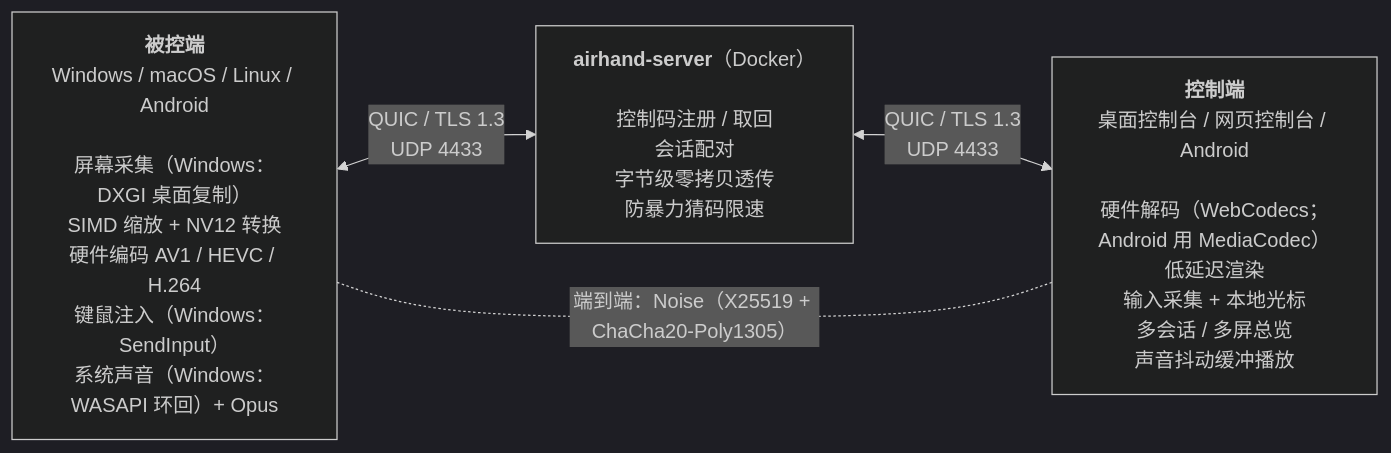
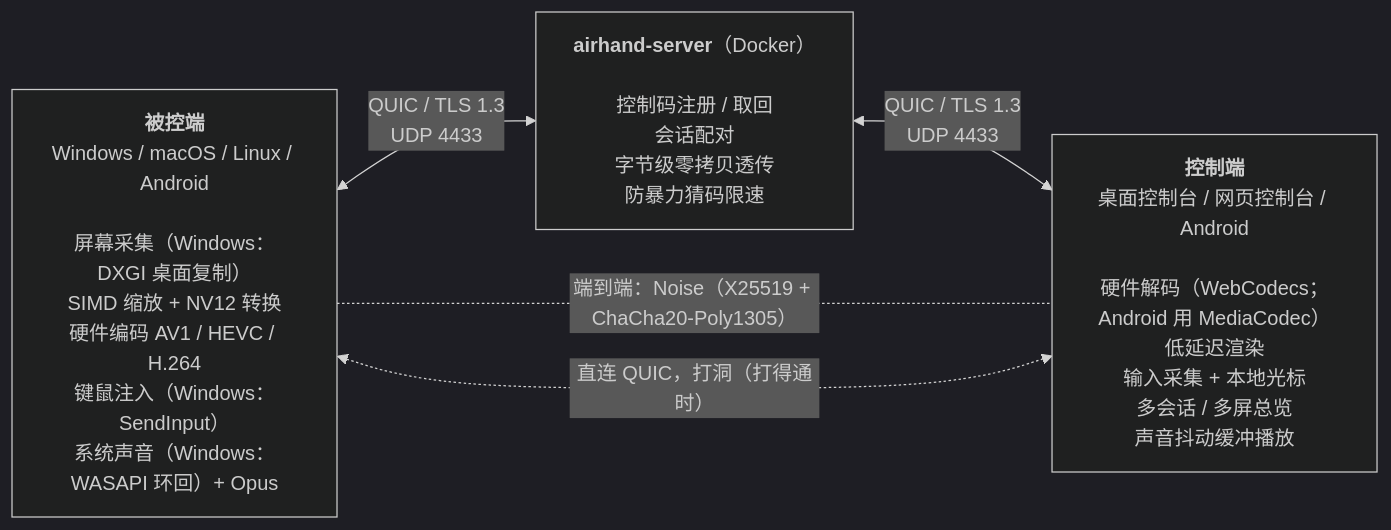
Before and after one commit to sqlpxc/airhand: the diagram in docs/architecture.zh-CN.md, drawn with Mermaid (dark theme). The commit also changed other lines of this file and 46 other files, not shown here.

````diff
--- a/docs/architecture.zh-CN.md
+++ b/docs/architecture.zh-CN.md
@@ -7,9 +7,10 @@
 ```mermaid
 flowchart LR
     host["<b>被控端</b><br>Windows / macOS / Linux / Android<br><br>屏幕采集（Windows：DXGI 桌面复制）<br>SIMD 缩放 + NV12 转换<br>硬件编码 AV1 / HEVC / H.264<br>键鼠注入（Windows：SendInput）<br>系统声音（Windows：WASAPI 环回）+ Opus"]
     relay["<b>airhand-server</b>（Docker）<br><br>控制码注册 / 取回<br>会话配对<br>字节级零拷贝透传<br>防暴力猜码限速"]
     ctrl["<b>控制端</b><br>桌面控制台 / 网页控制台 / Android<br><br>硬件解码（WebCodecs；Android 用 MediaCodec）<br>低延迟渲染<br>输入采集 + 本地光标<br>多会话 / 多屏总览<br>声音抖动缓冲播放"]
     host <-->|"QUIC / TLS 1.3<br>UDP 4433"| relay
     relay <-->|"QUIC / TLS 1.3<br>UDP 4433"| ctrl
     host -. "端到端：Noise（X25519 + ChaCha20-Poly1305）" .- ctrl
+    host <-. "直连 QUIC，打洞（打得通时）" .-> ctrl
 ```
````
